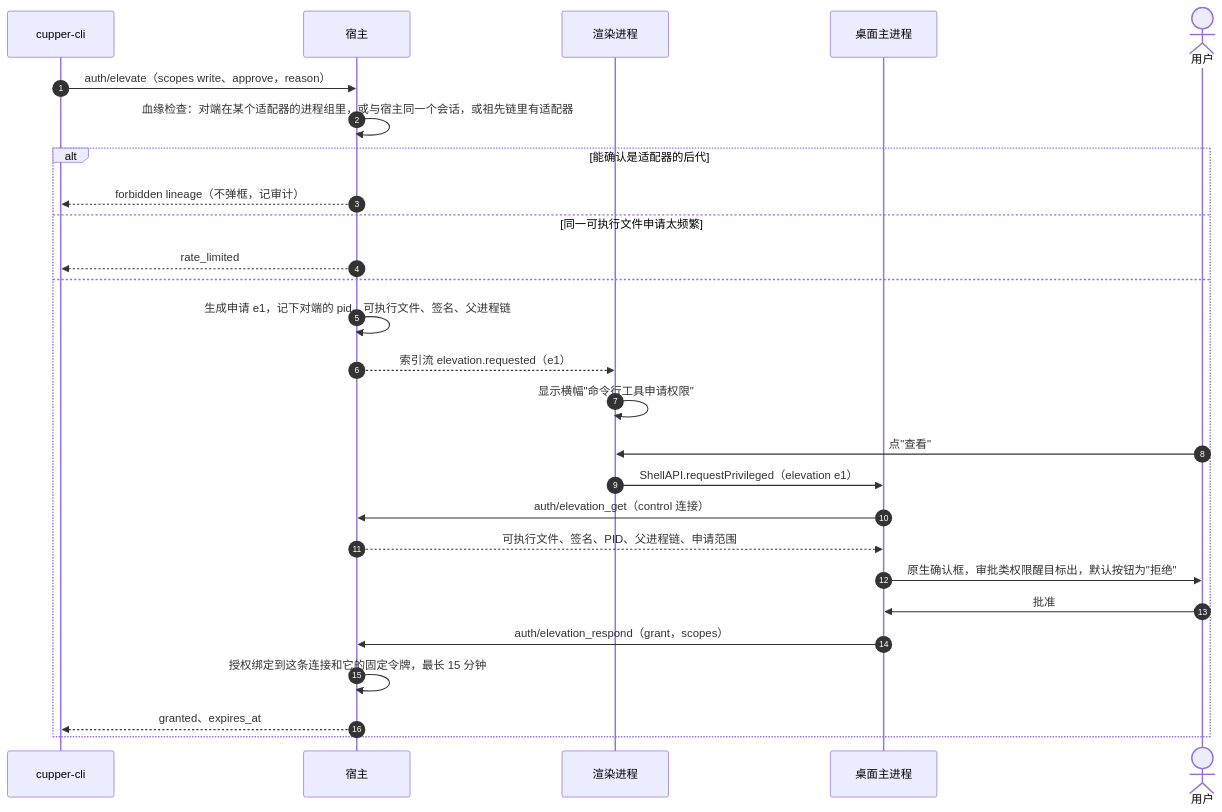
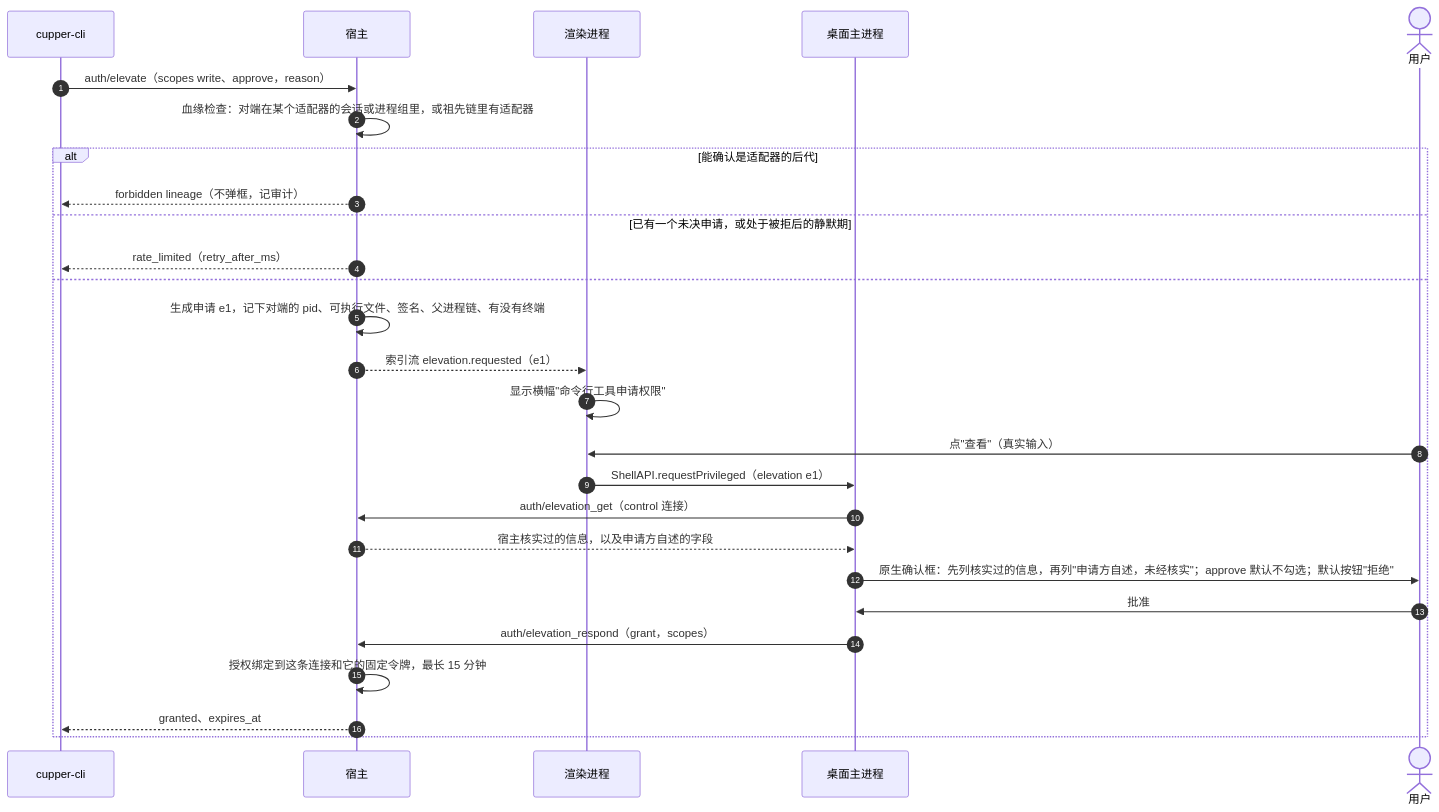
One commit to boris-w/cupper changed the second of 2 diagrams in docs/design/08-security.md. Above: the diagram before and after it, drawn with Mermaid. The commit also changed other lines of this file and 5 other files, not shown here.

````diff
--- a/docs/design/08-security.md
+++ b/docs/design/08-security.md
@@ -99,29 +140,29 @@
 ```mermaid
 sequenceDiagram
   autonumber
   participant C as cupper-cli
   participant H as 宿主
   participant R as 渲染进程
   participant M as 桌面主进程
   actor U as 用户
   C->>H: auth/elevate（scopes write、approve，reason）
-  H->>H: 血缘检查：对端在某个适配器的进程组里，或与宿主同一个会话，或祖先链里有适配器
+  H->>H: 血缘检查：对端在某个适配器的会话或进程组里，或祖先链里有适配器
   alt 能确认是适配器的后代
     H-->>C: forbidden lineage（不弹框，记审计）
-  else 同一可执行文件申请太频繁
-    H-->>C: rate_limited
+  else 已有一个未决申请，或处于被拒后的静默期
+    H-->>C: rate_limited（retry_after_ms）
   else
-    H->>H: 生成申请 e1，记下对端的 pid、可执行文件、签名、父进程链
+    H->>H: 生成申请 e1，记下对端的 pid、可执行文件、签名、父进程链、有没有终端
     H-->>R: 索引流 elevation.requested（e1）
     R->>R: 显示横幅"命令行工具申请权限"
-    U->>R: 点"查看"
+    U->>R: 点"查看"（真实输入）
     R->>M: ShellAPI.requestPrivileged（elevation e1）
     M->>H: auth/elevation_get（control 连接）
-    H-->>M: 可执行文件、签名、PID、父进程链、申请范围
-    M->>U: 原生确认框，审批类权限醒目标出，默认按钮为"拒绝"
+    H-->>M: 宿主核实过的信息，以及申请方自述的字段
+    M->>U: 原生确认框：先列核实过的信息，再列"申请方自述，未经核实"；approve 默认不勾选；默认按钮"拒绝"
     U->>M: 批准
     M->>H: auth/elevation_respond（grant，scopes）
     H->>H: 授权绑定到这条连接和它的固定令牌，最长 15 分钟
     H-->>C: granted、expires_at
   end
 ```
````
